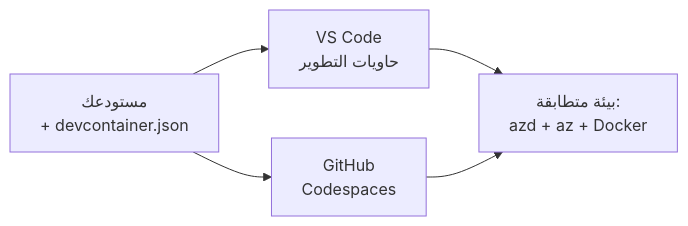
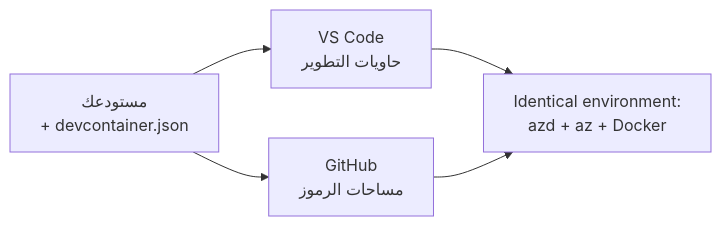
One commit to microsoft/AZD-for-beginners changed the diagram in translations/ar/docs/chapter-01-foundation/dev-containers.md. Above: the diagram before and after it, drawn with Mermaid. The commit also changed other lines of this file and 59 other files, not shown here.

````diff
--- a/translations/ar/docs/chapter-01-foundation/dev-containers.md
+++ b/translations/ar/docs/chapter-01-foundation/dev-containers.md
@@ -41,7 +41,7 @@
 ```mermaid
 graph LR
     Repo[مستودعك<br/>+ devcontainer.json] --> VSCode[VS Code<br/>حاويات التطوير]
-    Repo --> Codespaces[GitHub<br/>Codespaces]
-    VSCode --> Env[بيئة متطابقة:<br/>azd + az + Docker]
+    Repo --> Codespaces[GitHub<br/>مساحات الرموز]
+    VSCode --> Env[Identical environment:<br/>azd + az + Docker]
     Codespaces --> Env
 ```
````
